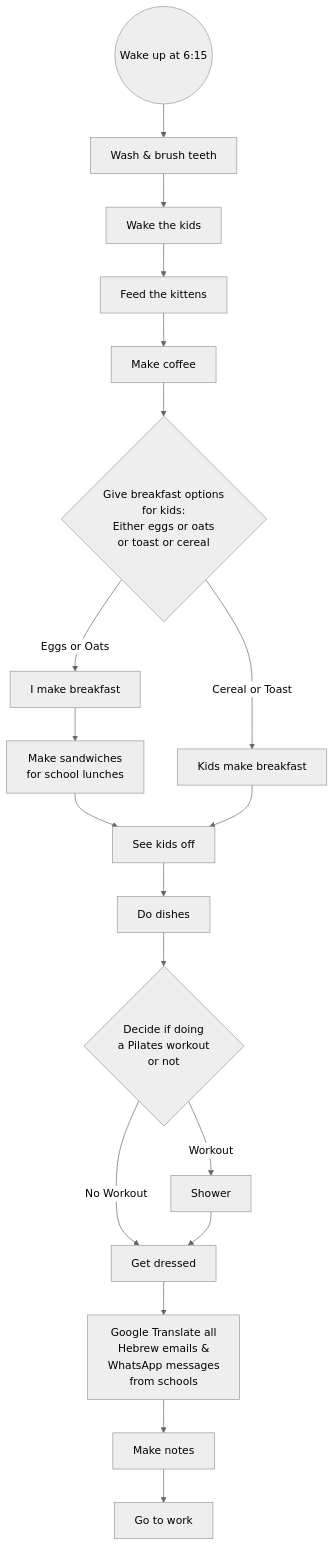
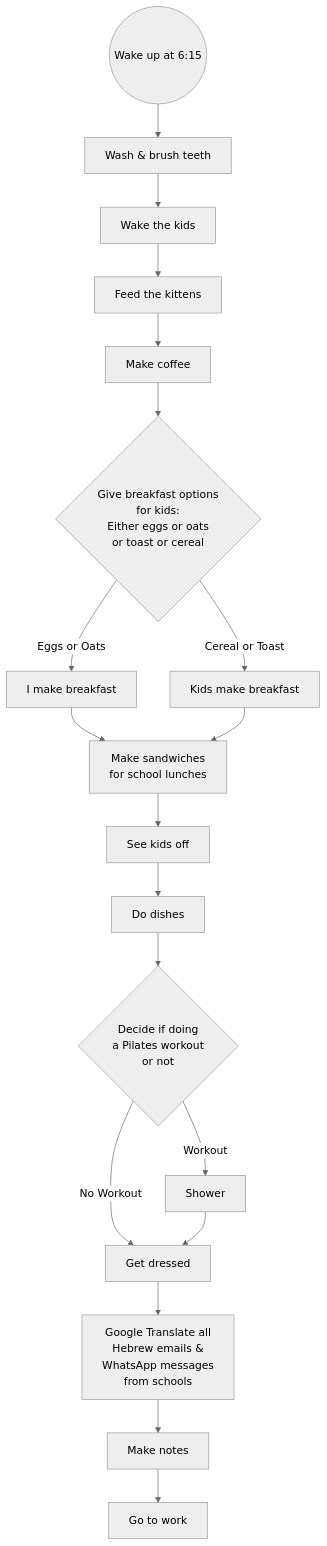
The diagram in student-work/2023/Natanya-DaCosta/Flowchart-MorningRoutine.md (yusale9/student-showcase), drawn with Mermaid (neutral theme) before and after one commit.

Commit message:
Update Flowchart-MorningRoutine.md
Made recommended changes.

````diff
--- a/student-work/2023/Natanya-DaCosta/Flowchart-MorningRoutine.md
+++ b/student-work/2023/Natanya-DaCosta/Flowchart-MorningRoutine.md
@@ -3,21 +3,21 @@
 ```mermaid
    flowchart TD
    A((Wake up at 6:15))-->B[Wash & brush teeth];
    B-->C[Wake the kids];
    C-->D[Feed the kittens];
    D-->E[Make coffee];
    E-->F{Give breakfast options <br> for kids: <br> Either eggs or oats <br> or toast or cereal};
    F--Eggs or Oats-->G[I make breakfast];
    F--Cereal or Toast-->H[Kids make breakfast];
    G-->I[Make sandwiches <br> for school lunches];
+   H-->I[Make sandwiches <br> for school lunches];
    I-->J[See kids off];
-   H-->J[See kids off];
    J-->K[Do dishes];
    K-->L{Decide if doing <br> a Pilates workout <br> or not};
    L--Workout-->M[Shower];
    L--No Workout-->N[Get dressed];
    M-->N[Get dressed];
    N-->O[Google Translate all <br> Hebrew emails & <br> WhatsApp messages <br> from schools];
    O-->P[Make notes];
    P-->Q[Go to work];
 ```
````
